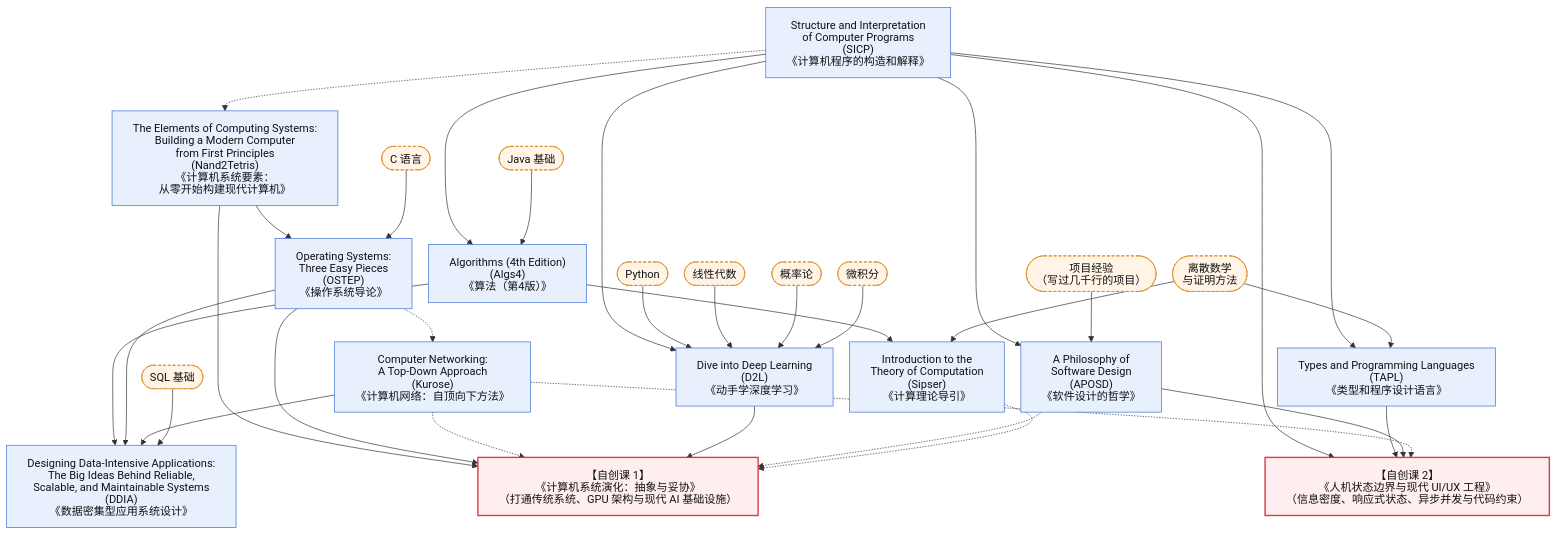
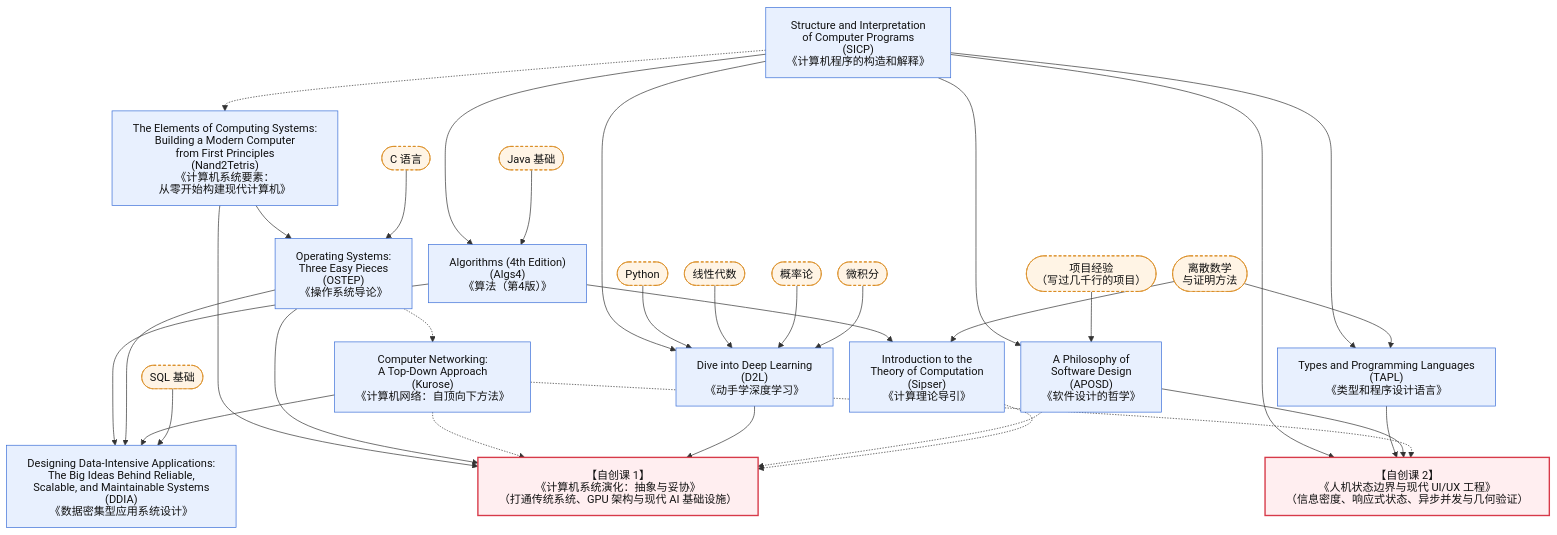
The diagram in guide.md (Minsecrus/CS-Course), drawn with Mermaid before and after one commit. The commit also changed other lines of this file and 8 other files, not shown here.

```diff
--- a/guide.md
+++ b/guide.md
@@ -38,7 +38,7 @@
 
     %% 两门自创课
     C_SYS["【自创课 1】<br/>《计算机系统演化：抽象与妥协》<br/>（打通传统系统、GPU 架构与现代 AI 基础设施）"]
-    C_UI["【自创课 2】<br/>《人机状态边界与现代 UI/UX 工程》<br/>（信息密度、响应式状态、异步并发与代码约束）"]
+    C_UI["【自创课 2】<br/>《人机状态边界与现代 UI/UX 工程》<br/>（信息密度、响应式状态、异步并发与几何验证）"]
 
     %% 书单外的前置
     X_C(["C 语言"])
```
